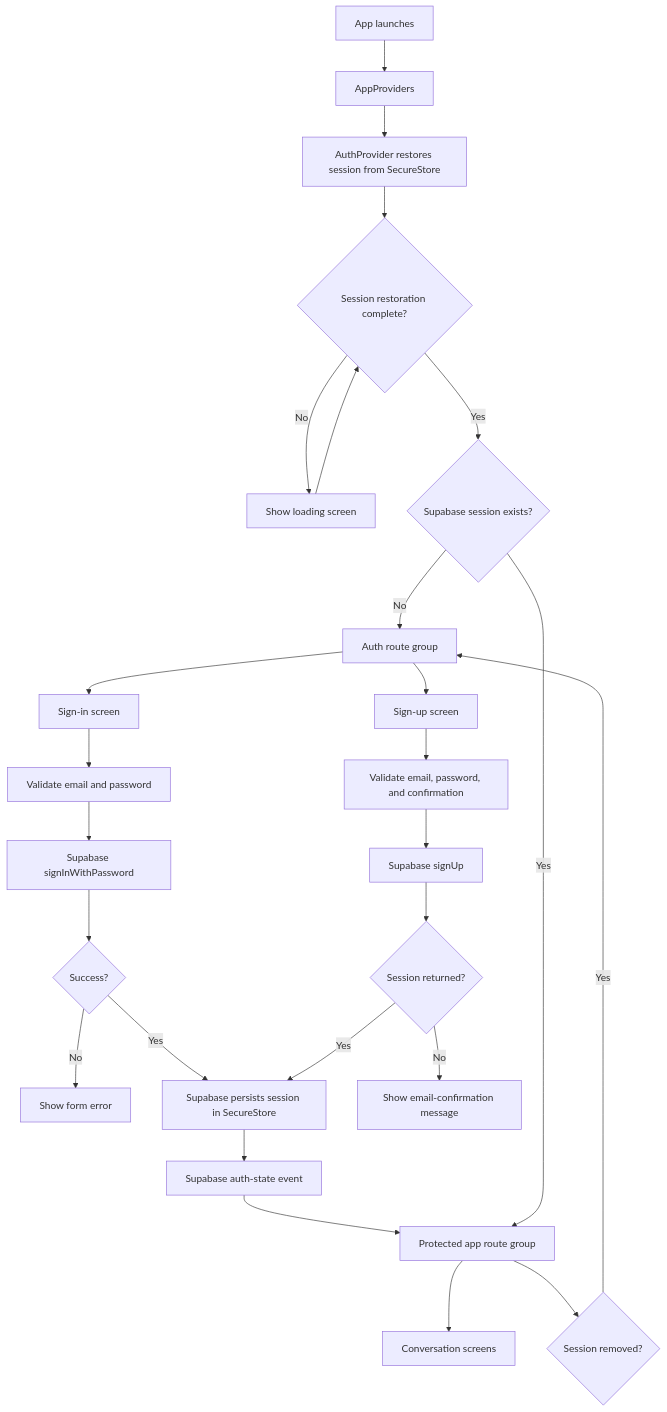
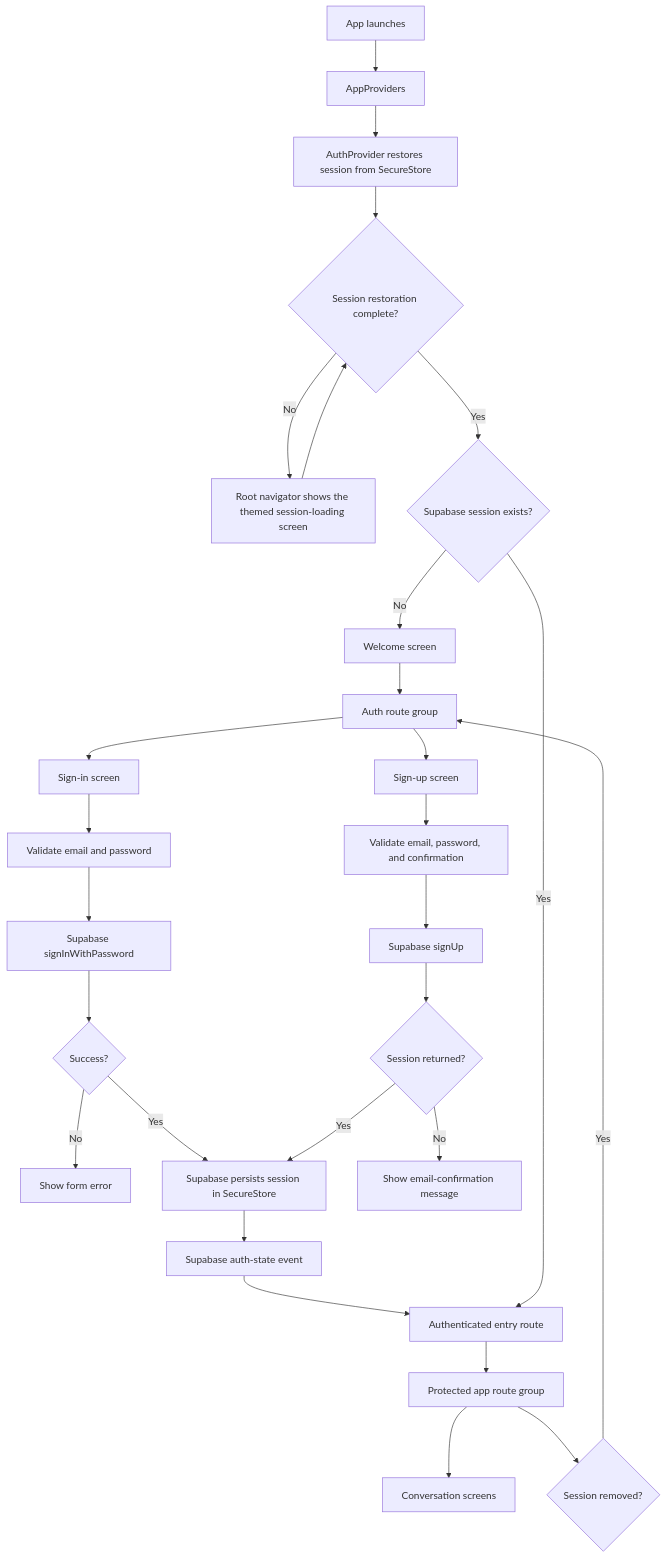
One commit to brajmohanT/luni-app changed the diagram in docs/flows/authentication-and-protected-routing.md. Above: the diagram before and after it, drawn with Mermaid. The commit also changed other lines of this file and 11 other files, not shown here.

First line of the commit message:
feat(mobile): harden authenticated handoff

````diff
--- a/docs/flows/authentication-and-protected-routing.md
+++ b/docs/flows/authentication-and-protected-routing.md
@@ -5,34 +5,36 @@
 ```mermaid
 flowchart TD
   launch[App launches] --> providers[AppProviders]
   providers --> auth[AuthProvider restores session from SecureStore]
   auth --> loading{Session restoration complete?}
-  loading -- No --> spinner[Show loading screen]
+  loading -- No --> spinner[Root navigator shows the themed session-loading screen]
   spinner --> loading
   loading -- Yes --> session{Supabase session exists?}
 
-  session -- No --> authRoutes[Auth route group]
+  session -- No --> welcome[Welcome screen]
+  welcome --> authRoutes[Auth route group]
   authRoutes --> signIn[Sign-in screen]
   authRoutes --> signUp[Sign-up screen]
 
   signIn --> credentials[Validate email and password]
   credentials --> signInRequest[Supabase signInWithPassword]
   signInRequest --> signInFailure{Success?}
   signInFailure -- No --> signInError[Show form error]
   signInFailure -- Yes --> persist[Supabase persists session in SecureStore]
 
   signUp --> signUpValidation[Validate email, password, and confirmation]
   signUpValidation --> signUpRequest[Supabase signUp]
   signUpRequest --> signUpResult{Session returned?}
   signUpResult -- No --> confirmation[Show email-confirmation message]
   signUpResult -- Yes --> persist
 
   persist --> authEvent[Supabase auth-state event]
-  authEvent --> appRoutes[Protected app route group]
+  authEvent --> handoff[Authenticated entry route]
+  handoff --> appRoutes[Protected app route group]
 
-  session -- Yes --> appRoutes
+  session -- Yes --> handoff
   appRoutes --> appScreen[Conversation screens]
 
   appRoutes --> missingSession{Session removed?}
   missingSession -- Yes --> authRoutes
 ```
````
